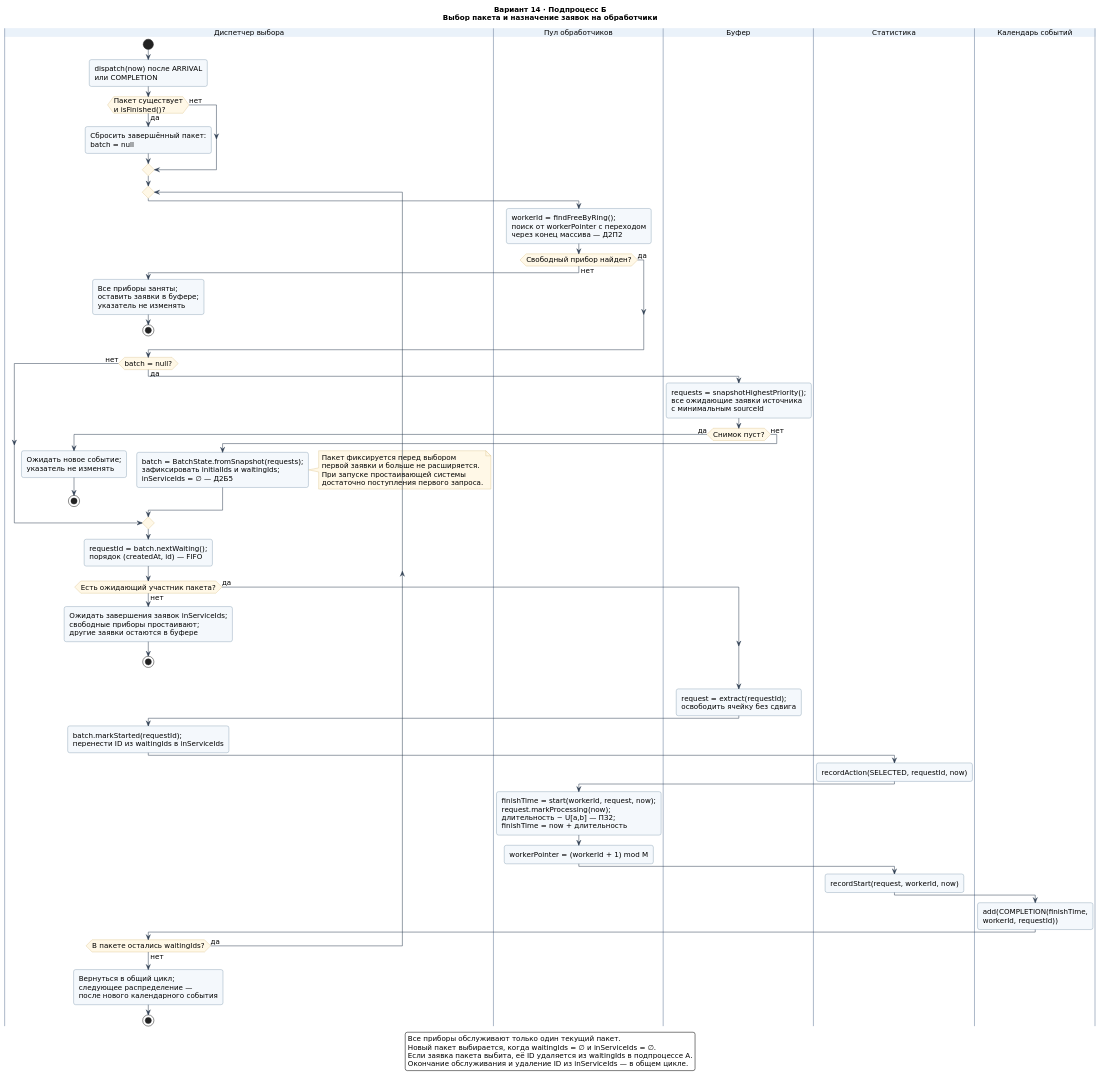
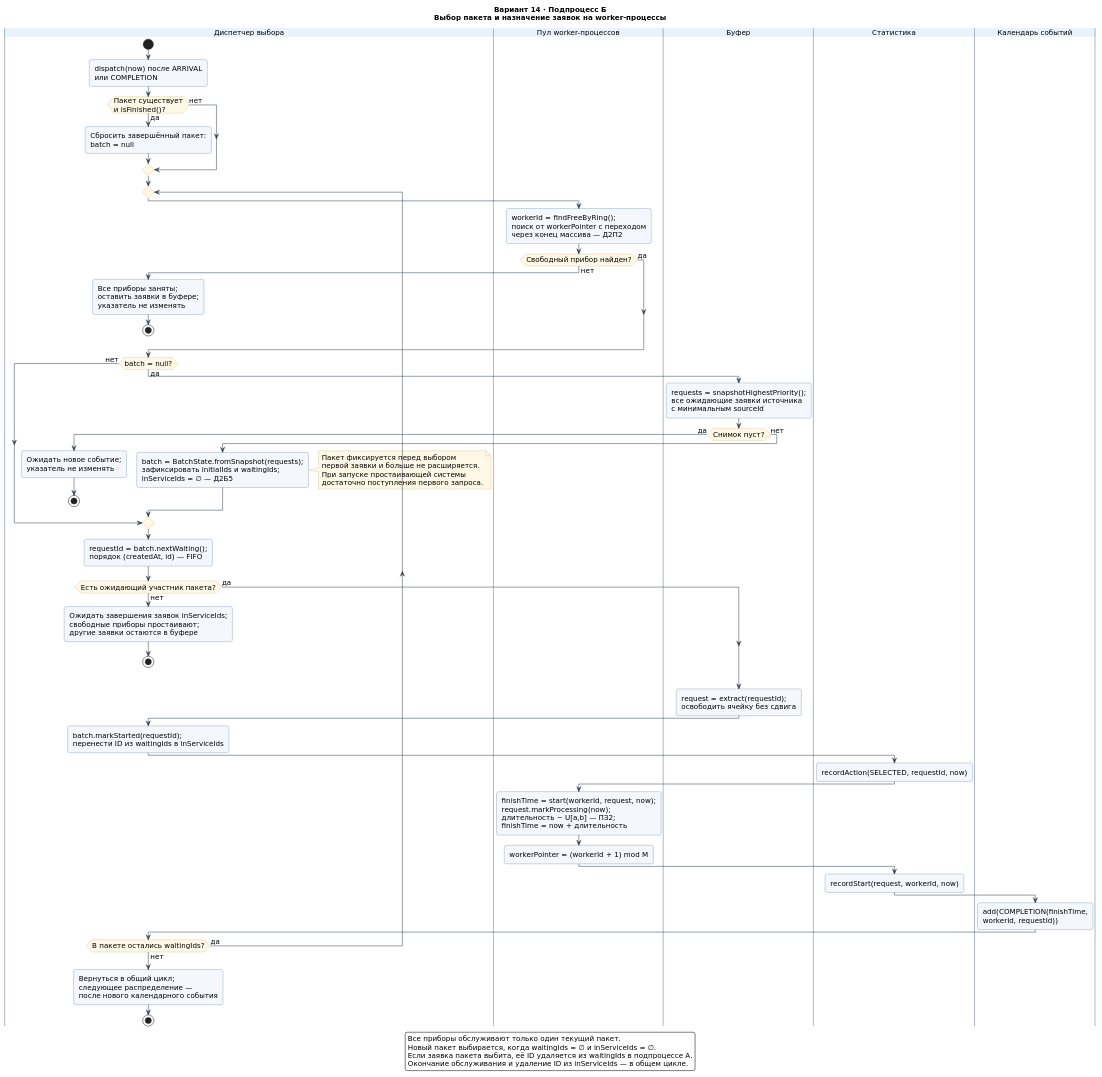
One commit to Danya-byte/learn-aps changed the diagram in docs/diagrams/flowchart/batch-selection.puml. Above: the diagram before and after it, drawn with PlantUML. The commit also changed 61 other files, not shown here.

```diff
--- a/docs/diagrams/flowchart/batch-selection.puml
+++ b/docs/diagrams/flowchart/batch-selection.puml
@@ -1,89 +1,89 @@
 @startuml
 skinparam defaultFontName DejaVu Sans
 skinparam defaultFontSize 14
 skinparam backgroundColor White
 skinparam shadowing false
 skinparam ArrowColor #334155
 skinparam LineColor #334155
 skinparam roundcorner 8
 skinparam NoteBackgroundColor #FFF8E7
 skinparam NoteBorderColor #C9A75A
 skinparam ParticipantBackgroundColor #EAF2FA
 skinparam ParticipantBorderColor #3C6382
 skinparam classBackgroundColor #F4F8FC
 skinparam classBorderColor #3C6382
 skinparam activityBackgroundColor #F4F8FC
 skinparam activityBorderColor #3C6382
 skinparam activityDiamondBackgroundColor #FFF8E7
 skinparam activityDiamondBorderColor #C9A75A
 skinparam swimlaneTitleBackgroundColor #EAF2FA
 skinparam swimlaneBorderColor #94A3B8
 skinparam maxMessageSize 90
 hide footbox
-title Вариант 14 · Подпроцесс Б\nВыбор пакета и назначение заявок на обработчики
+title Вариант 14 · Подпроцесс Б\nВыбор пакета и назначение заявок на worker-процессы
 |Диспетчер выбора|
 start
 :dispatch(now) после ARRIVAL\nили COMPLETION;
 if (Пакет существует\nи isFinished()?) then (да)
  :Сбросить завершённый пакет:\nbatch = null;
 else (нет)
 endif
 repeat
- |Пул обработчиков|
+ |Пул worker-процессов|
  :workerId = findFreeByRing();\nпоиск от workerPointer с переходом\nчерез конец массива — Д2П2;
  if (Свободный прибор найден?) then (да)
  else (нет)
   |Диспетчер выбора|
   :Все приборы заняты;\nоставить заявки в буфере;\nуказатель не изменять;
   stop
  endif
  |Диспетчер выбора|
  if (batch = null?) then (да)
   |Буфер|
   :requests = snapshotHighestPriority();\nвсе ожидающие заявки источника\nс минимальным sourceId;
   if (Снимок пуст?) then (да)
    |Диспетчер выбора|
    :Ожидать новое событие;\nуказатель не изменять;
    stop
   else (нет)
    |Диспетчер выбора|
    :batch = BatchState.fromSnapshot(requests);\nзафиксировать initialIds и waitingIds;\ninServiceIds = ∅ — Д2Б5;
    note right
    Пакет фиксируется перед выбором
    первой заявки и больше не расширяется.
    При запуске простаивающей системы
    достаточно поступления первого запроса.
    end note
   endif
  else (нет)
  endif
  :requestId = batch.nextWaiting();\nпорядок (createdAt, id) — FIFO;
  if (Есть ожидающий участник пакета?) then (да)
  else (нет)
   :Ожидать завершения заявок inServiceIds;\nсвободные приборы простаивают;\nдругие заявки остаются в буфере;
   stop
  endif
  |Буфер|
  :request = extract(requestId);\nосвободить ячейку без сдвига;
  |Диспетчер выбора|
  :batch.markStarted(requestId);\nперенести ID из waitingIds в inServiceIds;
  |Статистика|
  :recordAction(SELECTED, requestId, now);
- |Пул обработчиков|
+ |Пул worker-процессов|
  :finishTime = start(workerId, request, now);\nrequest.markProcessing(now);\nдлительность ~ U[a,b] — ПЗ2;\nfinishTime = now + длительность;
  :workerPointer = (workerId + 1) mod M;
  |Статистика|
  :recordStart(request, workerId, now);
  |Календарь событий|
  :add(COMPLETION(finishTime,\nworkerId, requestId));
  |Диспетчер выбора|
 repeat while (В пакете остались waitingIds?) is (да) not (нет)
 :Вернуться в общий цикл;\nследующее распределение —\nпосле нового календарного события;
 stop
 legend bottom
 Все приборы обслуживают только один текущий пакет.
 Новый пакет выбирается, когда waitingIds = ∅ и inServiceIds = ∅.
 Если заявка пакета выбита, её ID удаляется из waitingIds в подпроцессе А.
 Окончание обслуживания и удаление ID из inServiceIds — в общем цикле.
 endlegend
 @enduml
```
